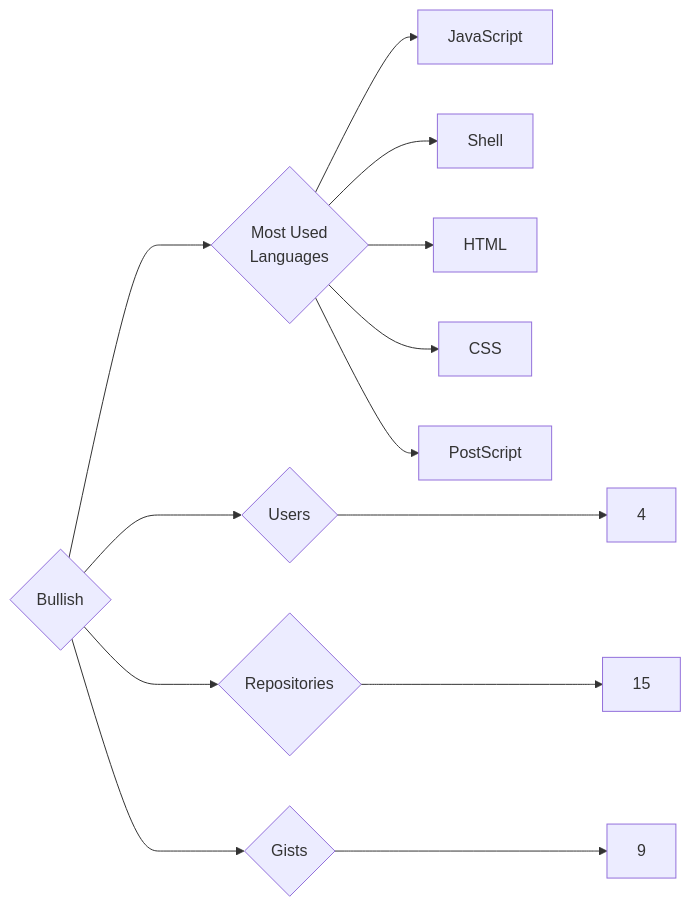
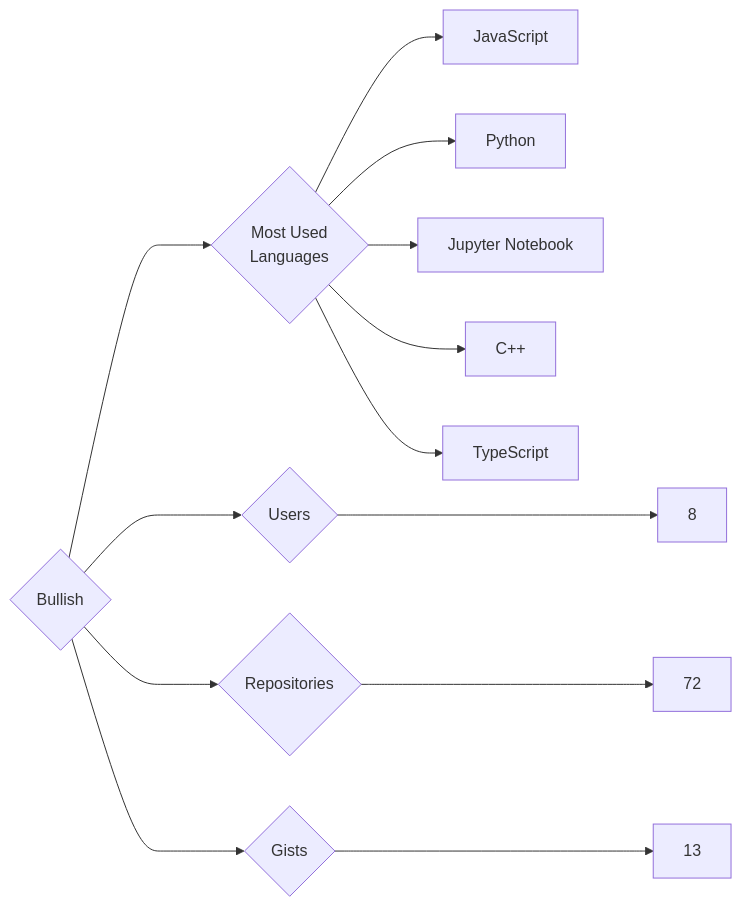
One commit to trickest/insiders changed the diagram in targets/Bullish/README.md. Above: the diagram before and after it, drawn with Mermaid. The commit also changed 611 other files, not shown here.

````diff
--- a/targets/Bullish/README.md
+++ b/targets/Bullish/README.md
@@ -3,13 +3,13 @@
 ```mermaid
 graph LR
 COMPANY_NAME{Bullish}
-COMPANY_NAME ---> U{Users} ---> UN[4]
-COMPANY_NAME ---> R{Repositories} ---> RN[15]
-COMPANY_NAME ---> G{Gists} ---> GN[9]
+COMPANY_NAME ---> U{Users} ---> UN[8]
+COMPANY_NAME ---> R{Repositories} ---> RN[72]
+COMPANY_NAME ---> G{Gists} ---> GN[13]
 COMPANY_NAME ---> ML{Most Used<br>Languages}
 ML --> JavaScript[JavaScript]
-ML --> Shell[Shell]
-ML --> HTML[HTML]
-ML --> CSS[CSS]
-ML --> PostScript[PostScript]
+ML --> Python[Python]
+ML --> Jupyter_Notebook[Jupyter Notebook]
+ML --> C++[C++]
+ML --> TypeScript[TypeScript]
 ```
````
